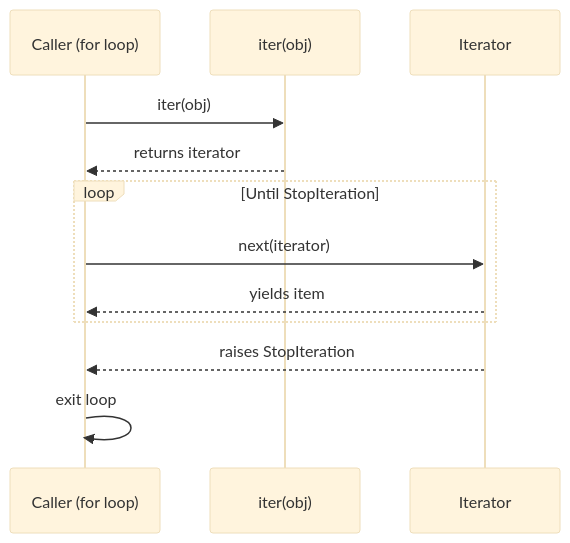
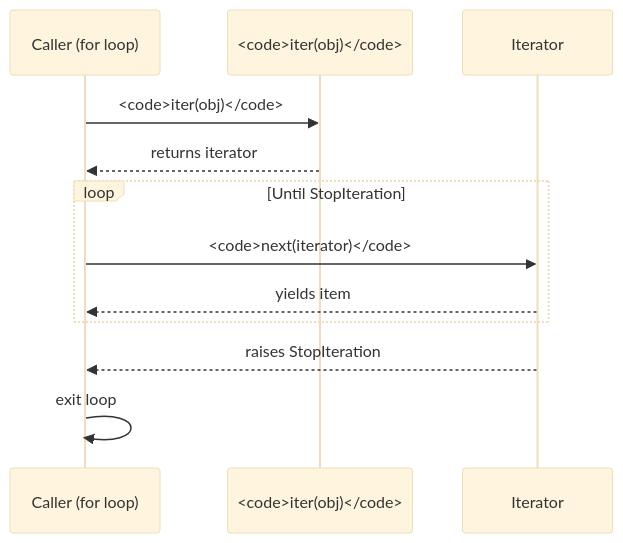
Before and after one commit to dataslope/dataslope: the diagram in content/courses/python-basics/iterators-and-generators.mdx, drawn with Mermaid (base theme). The commit also changed 65 other files, not shown here.

First line of the commit message:
Set code in every mermaid label in the mono face

````diff
--- a/content/courses/python-basics/iterators-and-generators.mdx
+++ b/content/courses/python-basics/iterators-and-generators.mdx
@@ -50,14 +50,14 @@
 ```mermaid
 sequenceDiagram
     participant C as Caller (for loop)
-    participant I as iter(obj)
+    participant I as <code>iter(obj)</code>
     participant IT as Iterator
-    C->>I: iter(obj)
+    C->>I: <code>iter(obj)</code>
     I-->>C: returns iterator
     loop Until StopIteration
-        C->>IT: next(iterator)
+        C->>IT: <code>next(iterator)</code>
         IT-->>C: yields item
     end
     IT-->>C: raises StopIteration
     C->>C: exit loop
 ```
````
